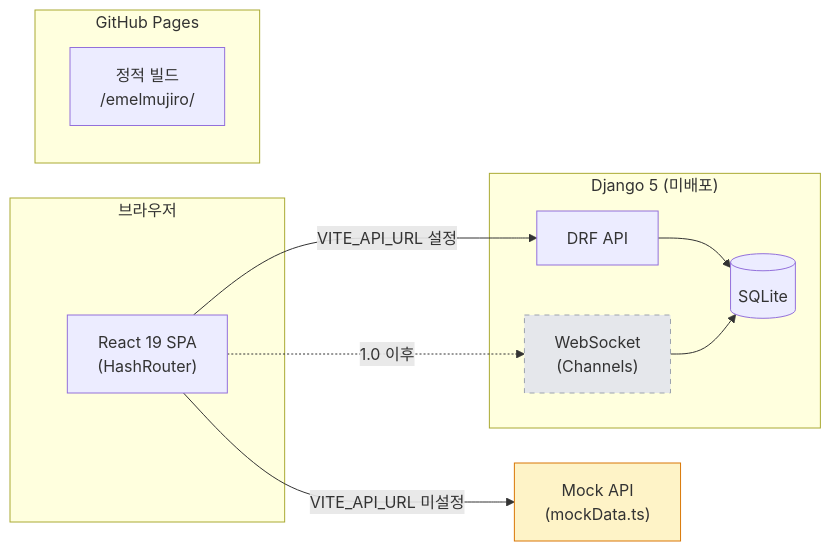
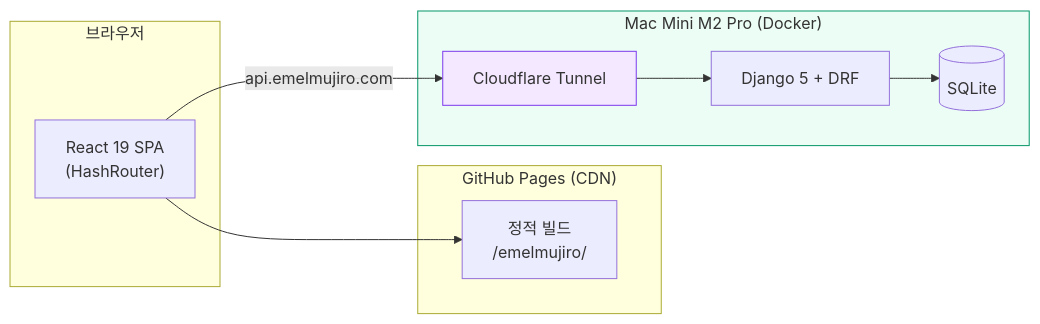
The first of 2 diagrams in README.md (researcherhojin/emelmujiro), drawn with Mermaid before and after one commit. The commit also changed other lines of this file and 5 other files, not shown here.

First line of the commit message:
feat: switch to SQLite + Mac Mini deployment setup

````diff
--- a/README.md
+++ b/README.md
@@ -96,25 +96,24 @@
 ```mermaid
 graph LR
     subgraph Client["브라우저"]
         React["React 19 SPA<br/>(HashRouter)"]
     end
 
-    subgraph Frontend["GitHub Pages"]
+    subgraph Frontend["GitHub Pages (CDN)"]
         Static["정적 빌드<br/>/emelmujiro/"]
     end
 
-    subgraph Backend["Django 5 (미배포)"]
-        DRF["DRF API"]
-        WS["WebSocket<br/>(Channels)"]
+    subgraph MacMini["Mac Mini M2 Pro (Docker)"]
+        Tunnel["Cloudflare Tunnel"]
+        DRF["Django 5 + DRF"]
         DB[(SQLite)]
     end
 
-    React -->|"VITE_API_URL 미설정"| Mock["Mock API<br/>(mockData.ts)"]
-    React -->|"VITE_API_URL 설정"| DRF
-    React -.->|"1.0 이후"| WS
+    React --> Static
+    React -->|"api.emelmujiro.com"| Tunnel
+    Tunnel --> DRF
     DRF --> DB
-    WS --> DB
 
-    style Mock fill:#FEF3C7,stroke:#D97706
-    style WS fill:#E5E7EB,stroke:#9CA3AF,stroke-dasharray: 5 5
+    style Tunnel fill:#F3E8FF,stroke:#7C3AED
+    style MacMini fill:#ECFDF5,stroke:#059669
 ```
````
